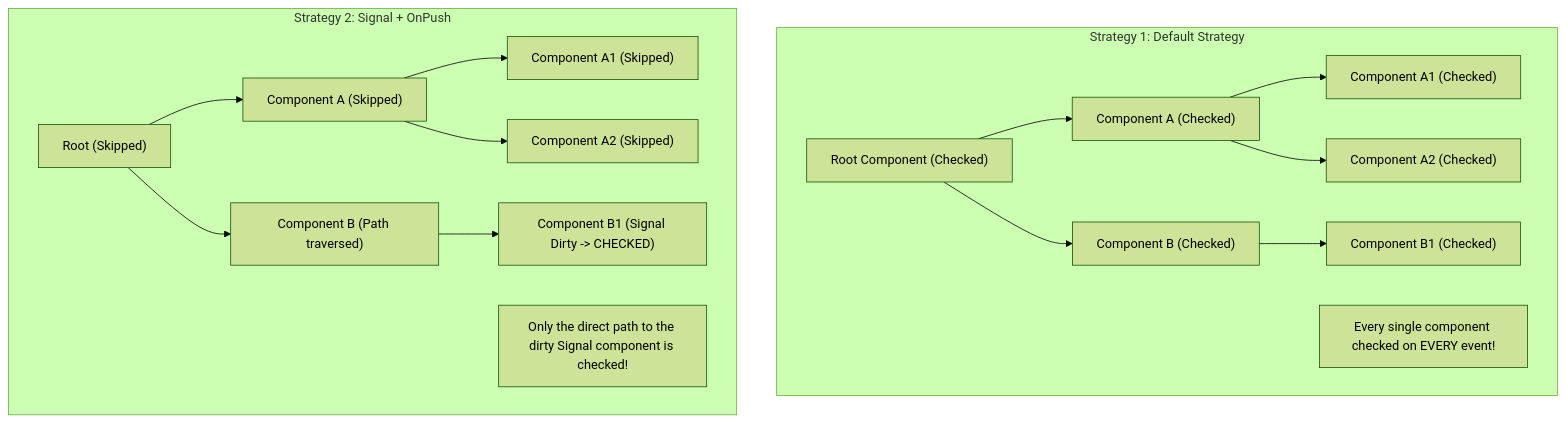
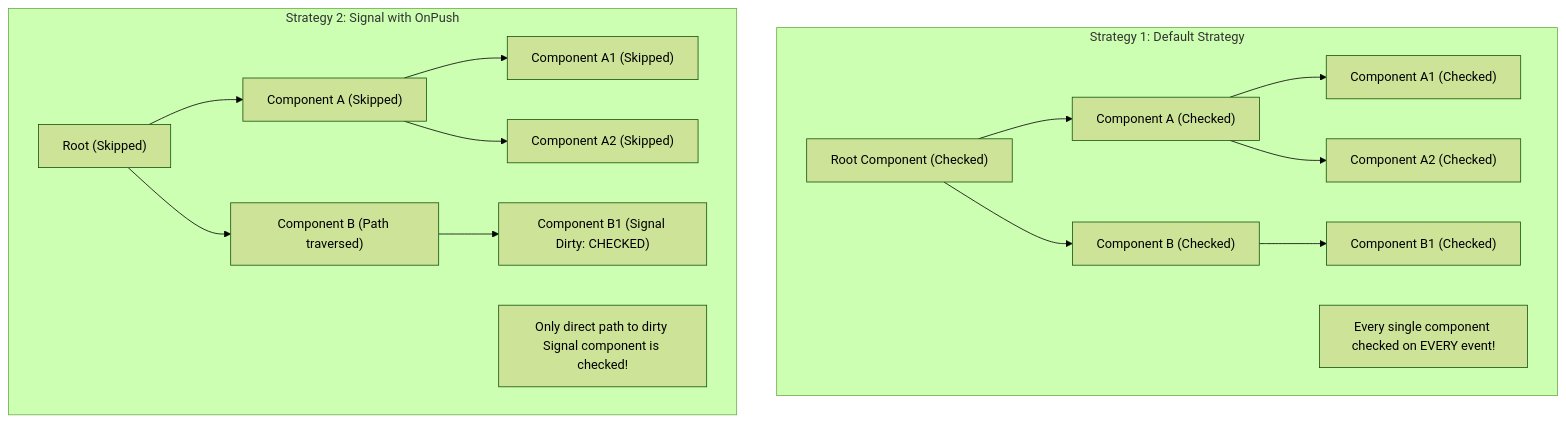
One commit to AshutoshChoubey/angular-interview-worldgyan.com changed the sixth of 7 diagrams in signals/angular-signals-interview-guide.md. Above: the diagram before and after it, drawn with Mermaid (forest theme). The commit also changed other lines of this file and 1 other file, not shown here.

Commit message:
fix(docs): fix Mermaid diagram syntax errors for GitHub rendering

````diff
--- a/signals/angular-signals-interview-guide.md
+++ b/signals/angular-signals-interview-guide.md
@@ -456,20 +457,20 @@
 ```mermaid
-graph TD
-    subgraph Strategy 1: Default Strategy
+flowchart TD
+    subgraph Strat1 ["Strategy 1: Default Strategy"]
         D_Root["Root Component (Checked)"] --> D_A["Component A (Checked)"]
         D_Root --> D_B["Component B (Checked)"]
         D_A --> D_A1["Component A1 (Checked)"]
         D_A --> D_A2["Component A2 (Checked)"]
         D_B --> D_B1["Component B1 (Checked)"]
         Note1["Every single component checked on EVERY event!"]
     end
 
-    subgraph Strategy 2: Signal + OnPush
+    subgraph Strat2 ["Strategy 2: Signal with OnPush"]
         S_Root["Root (Skipped)"] --> S_A["Component A (Skipped)"]
         S_Root --> S_B["Component B (Path traversed)"]
         S_A --> S_A1["Component A1 (Skipped)"]
         S_A --> S_A2["Component A2 (Skipped)"]
-        S_B --> S_B1["Component B1 (Signal Dirty -> CHECKED)"]
-        Note2["Only the direct path to the dirty Signal component is checked!"]
+        S_B --> S_B1["Component B1 (Signal Dirty: CHECKED)"]
+        Note2["Only direct path to dirty Signal component is checked!"]
     end
 ```
````
